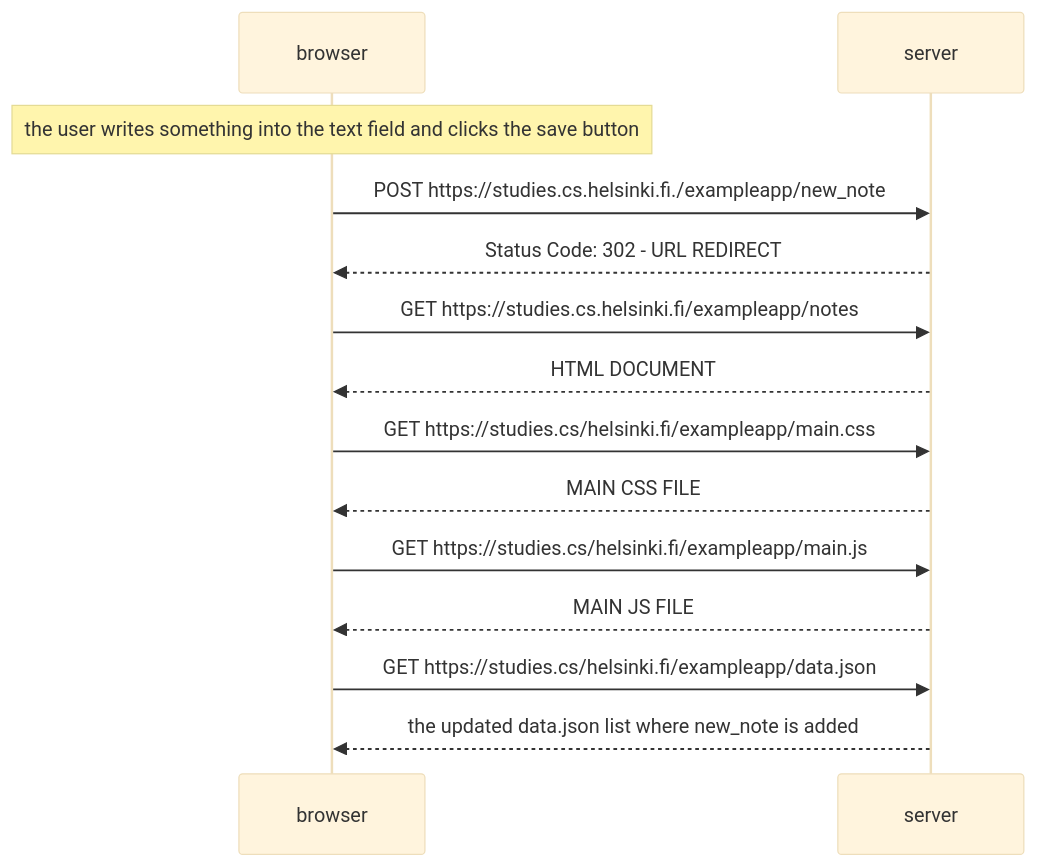
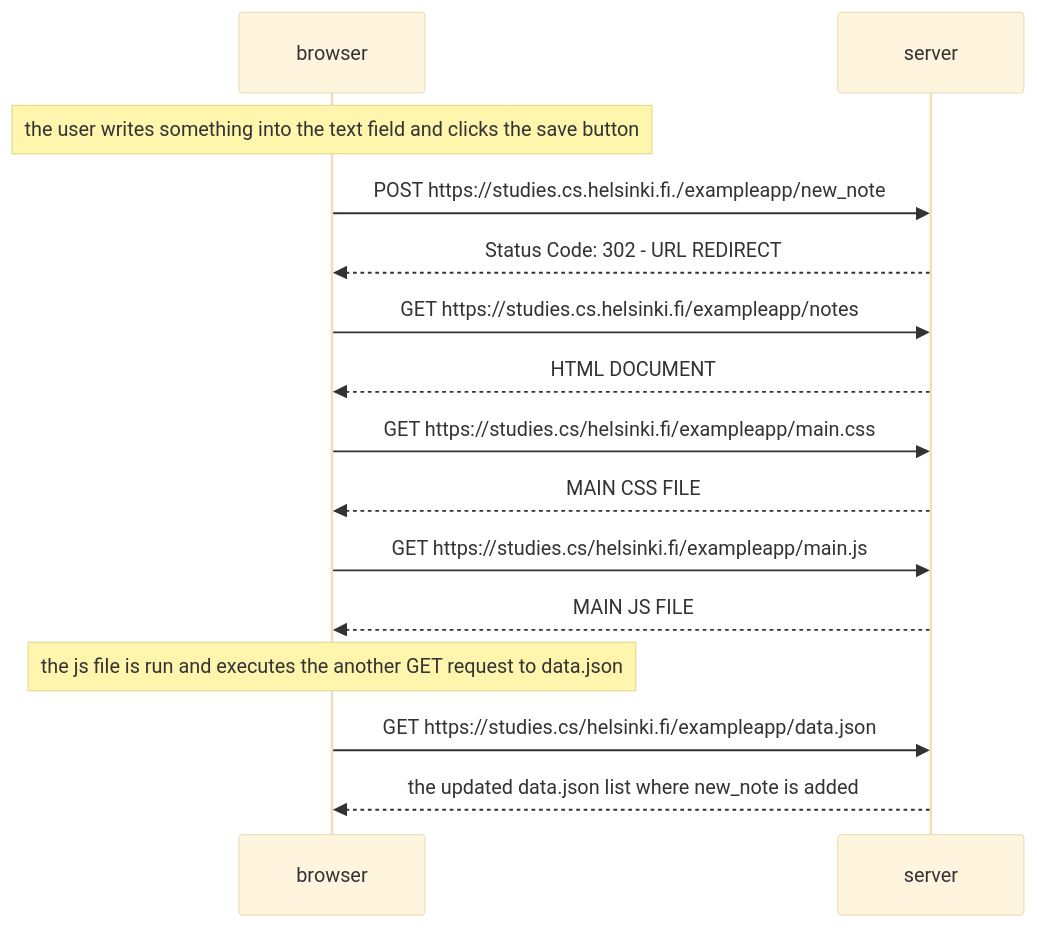
The diagram in part0/exercise0.4.md (xamdp/fullstack-open), drawn with Mermaid (base theme) before and after one commit.

Commit message:
Update Exercise 0.4

````diff
--- a/part0/exercise0.4.md
+++ b/part0/exercise0.4.md
@@ -1,21 +1,22 @@
 ```mermaid
 sequenceDiagram
     participant browser
     participant server
 
     Note over browser: the user writes something into the text field and clicks the save button
     browser->>server:  POST https://studies.cs.helsinki.fi./exampleapp/new_note
     server-->>browser: Status Code: 302 - URL REDIRECT
     
     browser->>server:  GET https://studies.cs.helsinki.fi/exampleapp/notes
     server-->>browser:  HTML DOCUMENT
 
     browser->>server:  GET https://studies.cs/helsinki.fi/exampleapp/main.css
     server-->>browser:  MAIN CSS FILE
 
     browser->>server:  GET https://studies.cs/helsinki.fi/exampleapp/main.js
     server-->>browser:  MAIN JS FILE
+    Note over browser: the js file is run and executes the another GET request to data.json
 
     browser->>server:  GET https://studies.cs/helsinki.fi/exampleapp/data.json
     server-->>browser:  the updated data.json list where new_note is added
 ```
````
